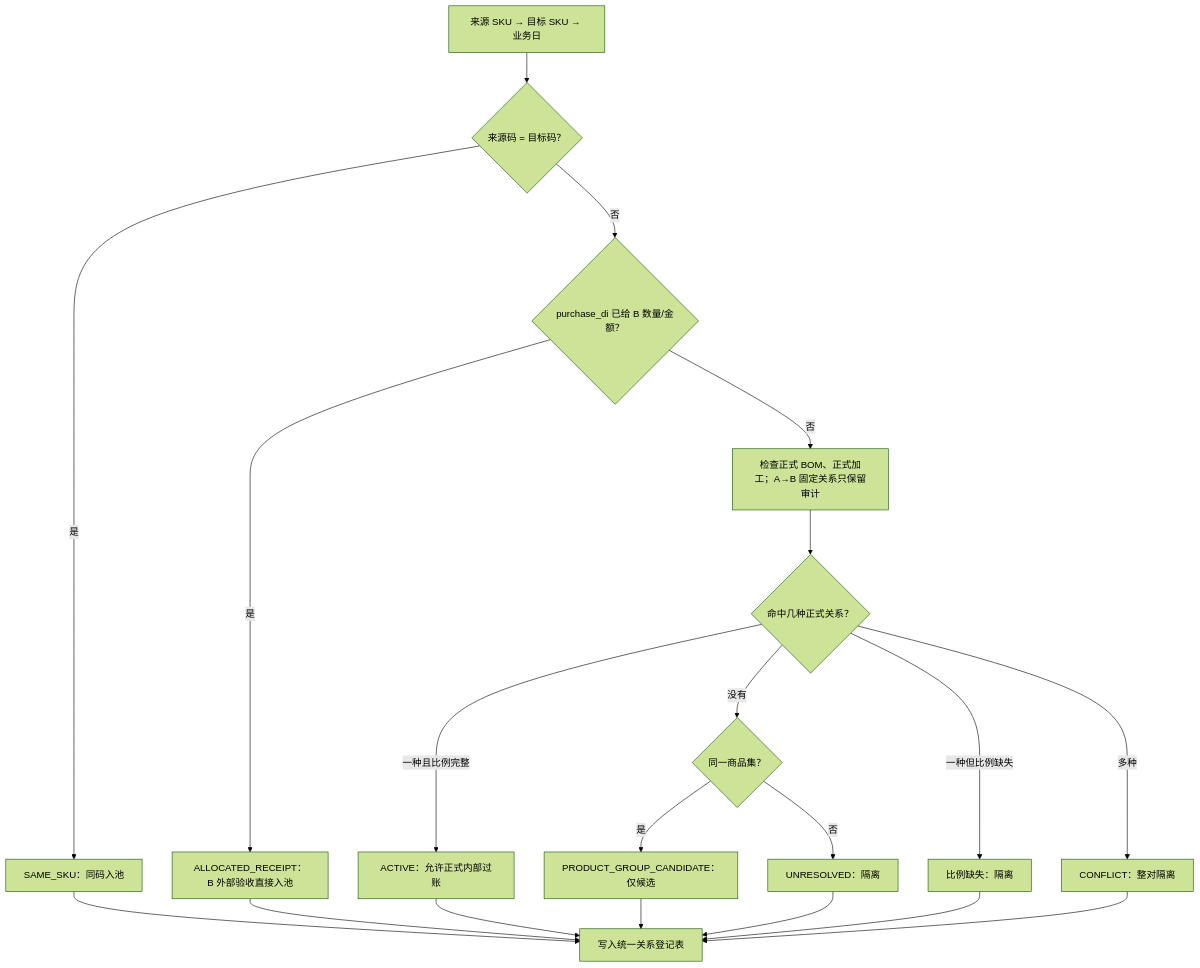
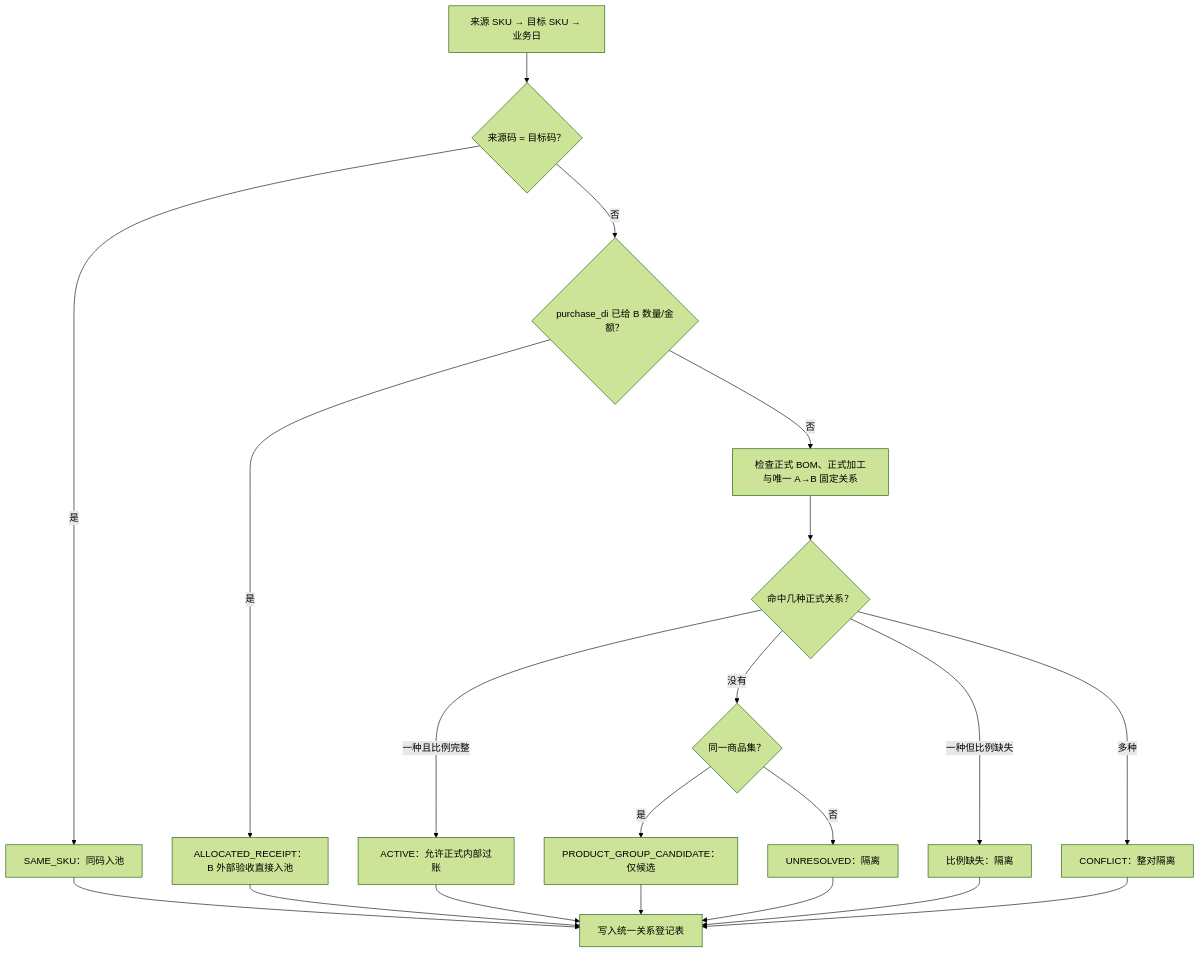
The third of 8 diagrams in fmetl/README.md (kate636/cuihua-data), drawn with Mermaid (forest theme) before and after one commit. The commit also changed other lines of this file and 6 other files, not shown here.

````diff
--- a/fmetl/README.md
+++ b/fmetl/README.md
@@ -208,23 +208,23 @@
 ```mermaid
 flowchart TB
     START["来源 SKU → 目标 SKU → 业务日"] --> SAME{"来源码 = 目标码？"}
     SAME -->|是| R1["SAME_SKU：同码入池"]
     SAME -->|否| ALLOC{"purchase_di 已给 B 数量/金额？"}
     ALLOC -->|是| R7["ALLOCATED_RECEIPT：B 外部验收直接入池"]
-    ALLOC -->|否| FORMAL["检查正式 BOM、正式加工；A→B 固定关系只保留审计"]
+    ALLOC -->|否| FORMAL["检查正式 BOM、正式加工与唯一 A→B 固定关系"]
     FORMAL --> COUNT{"命中几种正式关系？"}
     COUNT -->|多种| R6["CONFLICT：整对隔离"]
     COUNT -->|一种且比例完整| R2["ACTIVE：允许正式内部过账"]
     COUNT -->|一种但比例缺失| R5["比例缺失：隔离"]
     COUNT -->|没有| GROUP{"同一商品集？"}
     GROUP -->|是| R3["PRODUCT_GROUP_CANDIDATE：仅候选"]
     GROUP -->|否| R4["UNRESOLVED：隔离"]
 
     R1 --> REG["写入统一关系登记表"]
     R7 --> REG
     R2 --> REG
     R3 --> REG
     R4 --> REG
     R5 --> REG
     R6 --> REG
 ```
````
